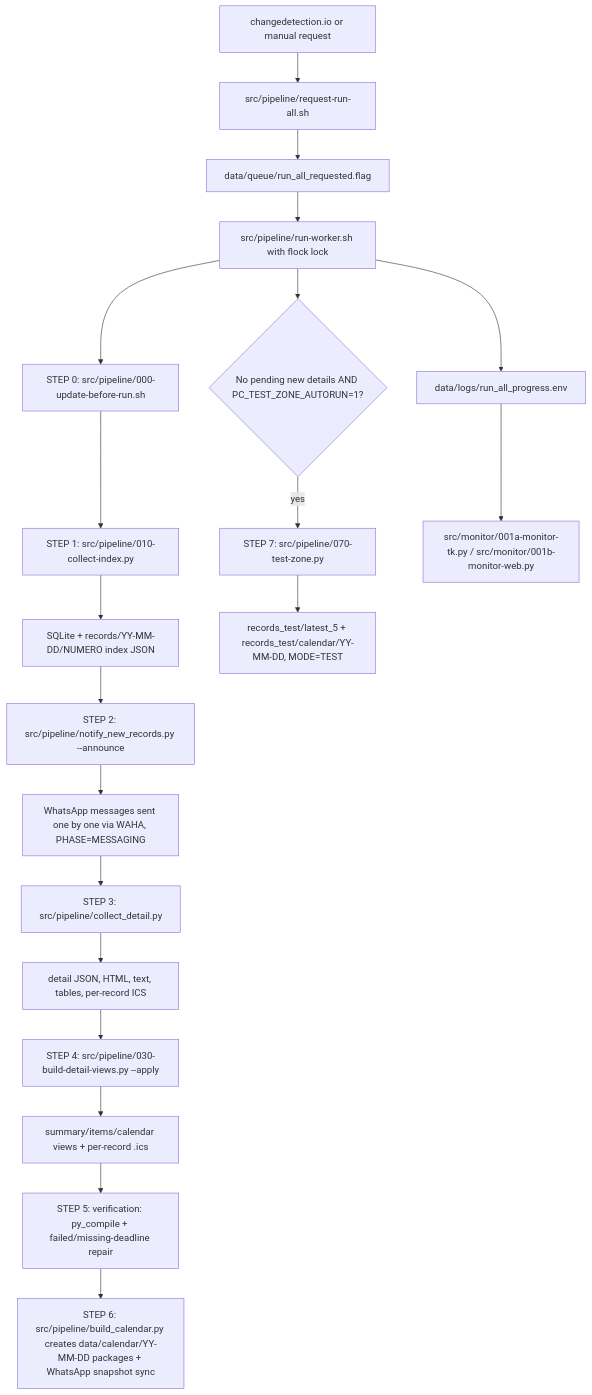
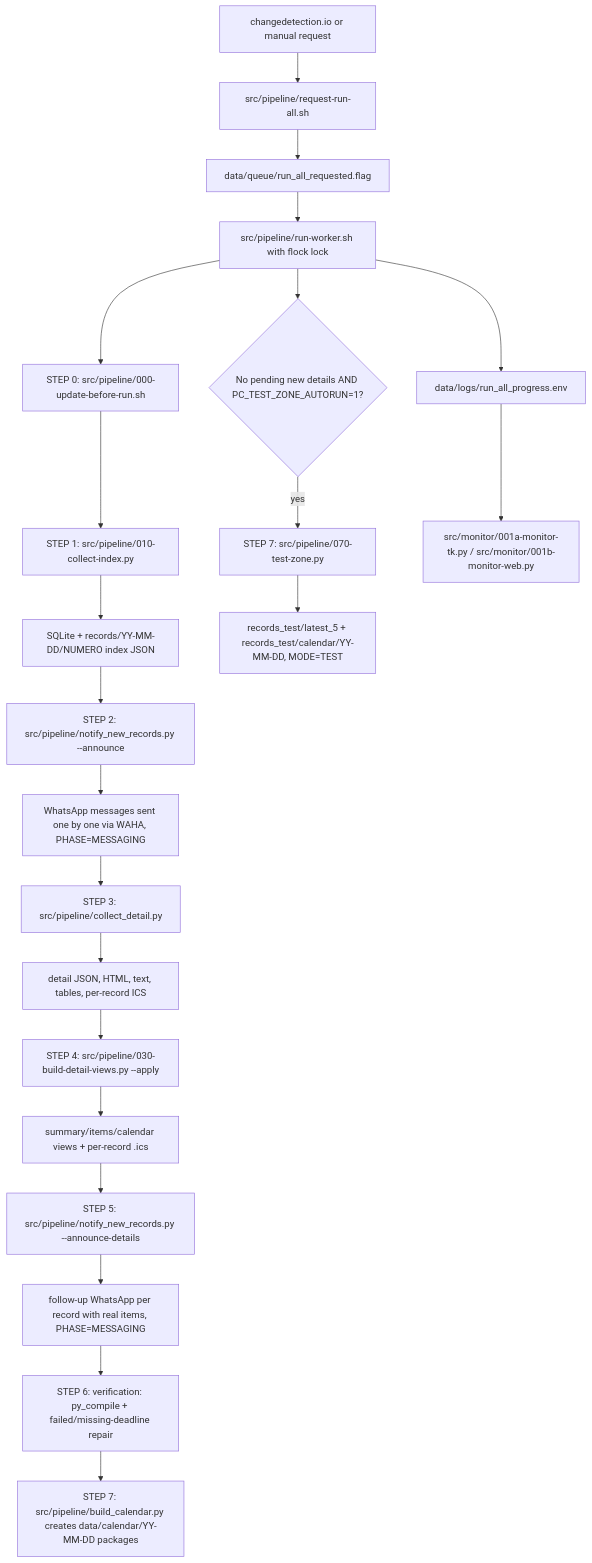
Before and after one commit to 413x-4rtur0/panamacompra-collector-backfill: the diagram in README.md, drawn with Mermaid. The commit also changed other lines of this file and 10 other files, not shown here.

````diff
--- a/README.md
+++ b/README.md
@@ -147,22 +153,24 @@
 ```mermaid
 flowchart TD
     A[changedetection.io or manual request] --> B[src/pipeline/request-run-all.sh]
     B --> C[data/queue/run_all_requested.flag]
     C --> D[src/pipeline/run-worker.sh with flock lock]
     D --> U[STEP 0: src/pipeline/000-update-before-run.sh]
     U --> E[STEP 1: src/pipeline/010-collect-index.py]
     E --> F[SQLite + records/YY-MM-DD/NUMERO index JSON]
     F --> P[STEP 2: src/pipeline/notify_new_records.py --announce]
     P --> Q[WhatsApp messages sent one by one via WAHA, PHASE=MESSAGING]
     Q --> G[STEP 3: src/pipeline/collect_detail.py]
     G --> H[detail JSON, HTML, text, tables, per-record ICS]
     H --> I[STEP 4: src/pipeline/030-build-detail-views.py --apply]
     I --> V[summary/items/calendar views + per-record .ics]
-    V --> R[STEP 5: verification: py_compile + failed/missing-deadline repair]
-    R --> J[STEP 6: src/pipeline/build_calendar.py creates data/calendar/YY-MM-DD packages + WhatsApp snapshot sync]
+    V --> W[STEP 5: src/pipeline/notify_new_records.py --announce-details]
+    W --> X[follow-up WhatsApp per record with real items, PHASE=MESSAGING]
+    X --> R[STEP 6: verification: py_compile + failed/missing-deadline repair]
+    R --> J[STEP 7: src/pipeline/build_calendar.py creates data/calendar/YY-MM-DD packages]
     D --> K{No pending new details AND PC_TEST_ZONE_AUTORUN=1?}
     K -- yes --> L[STEP 7: src/pipeline/070-test-zone.py]
     L --> M[records_test/latest_5 + records_test/calendar/YY-MM-DD, MODE=TEST]
     D --> N[data/logs/run_all_progress.env]
     N --> O[src/monitor/001a-monitor-tk.py / src/monitor/001b-monitor-web.py]
 ```
````
